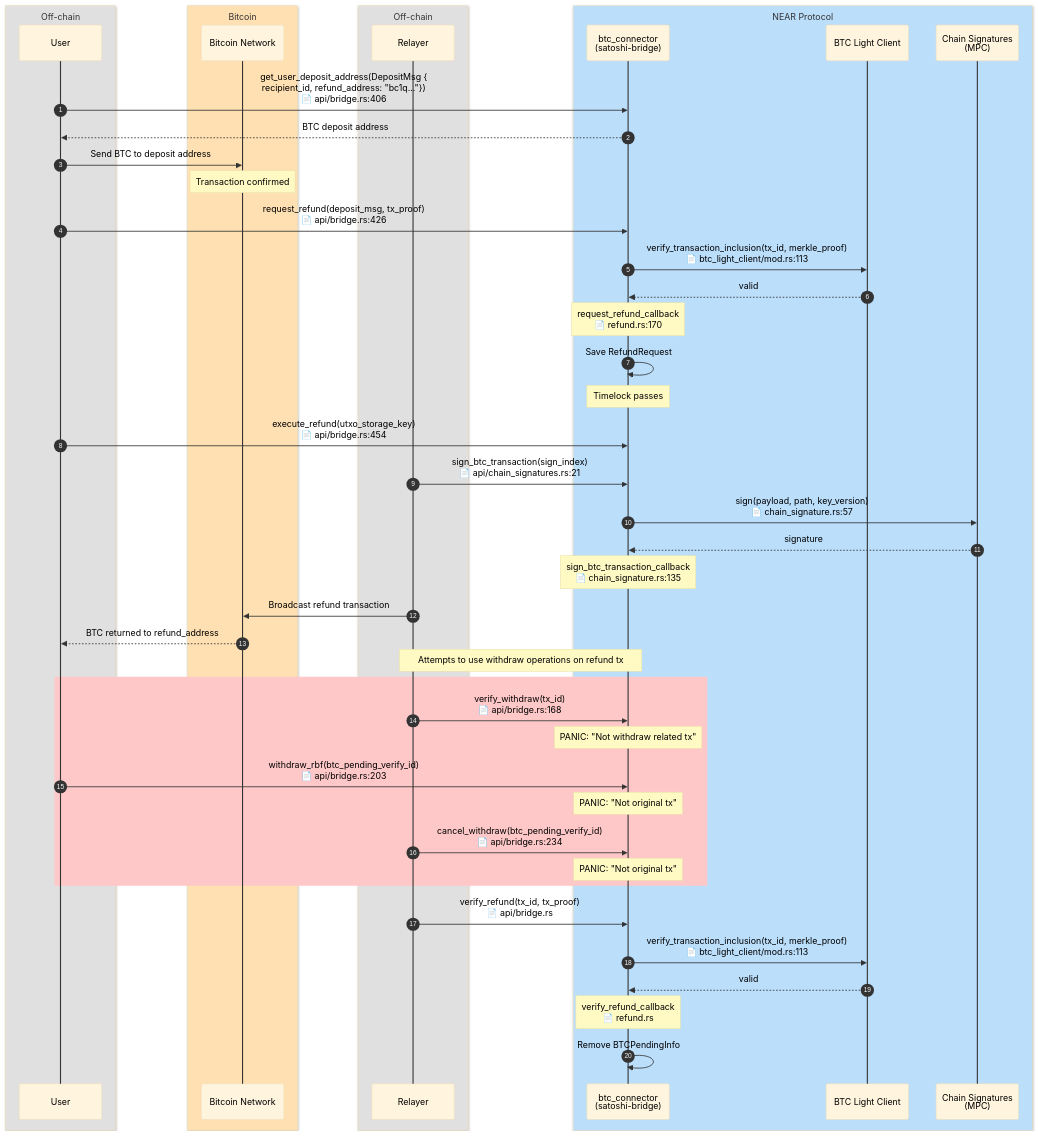
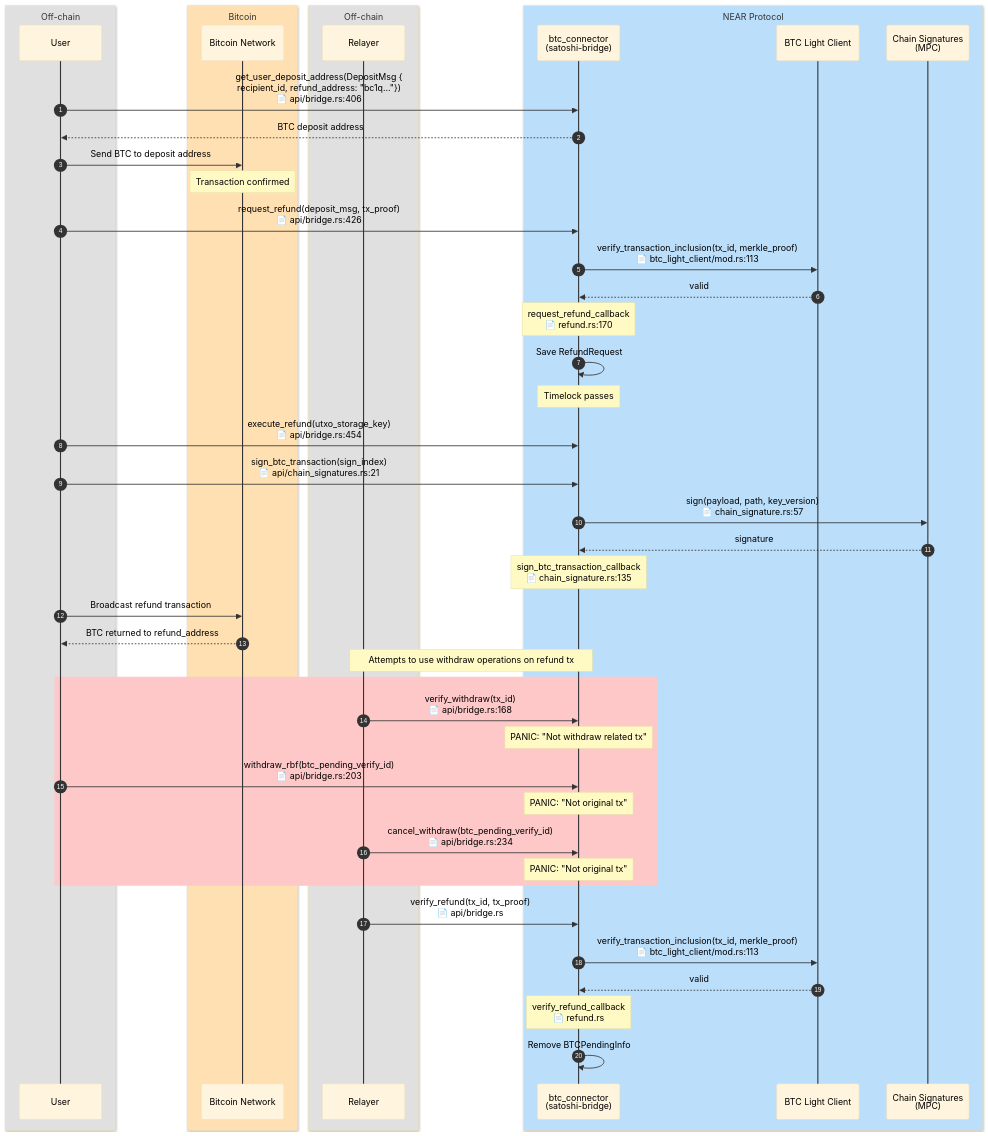
One commit to Near-One/btc-bridge changed the diagram in doc/refund-no-withdraw-flow.md. Above: the diagram before and after it, drawn with Mermaid. The commit also changed 11 other files, not shown here.

````diff
--- a/doc/refund-no-withdraw-flow.md
+++ b/doc/refund-no-withdraw-flow.md
@@ -25,72 +25,72 @@
 ```mermaid
 %%{init: {'theme': 'base', 'themeVariables': {'actorTextColor': '#000000', 'actorLineColor': '#333333', 'signalColor': '#333333', 'signalTextColor': '#000000', 'noteBkgColor': '#fff9c4', 'noteTextColor': '#000000', 'messageFontSize': '14px'}}}%%
 sequenceDiagram
     autonumber
 
     box rgb(224, 224, 224) Off-chain
         participant U as User
     end
 
     box rgb(255, 224, 178) Bitcoin
         participant BTC as Bitcoin Network
     end
 
     box rgb(224, 224, 224) Off-chain
         participant R as Relayer
     end
 
     box rgb(187, 222, 251) NEAR Protocol
         participant B as btc_connector<br/>(satoshi-bridge)
         participant LC as BTC Light Client
         participant MPC as Chain Signatures<br/>(MPC)
     end
 
     U->>B: get_user_deposit_address(DepositMsg {<br/>recipient_id, refund_address: "bc1q..."})<br/>📄 api/bridge.rs:406
     B-->>U: BTC deposit address
 
     U->>BTC: Send BTC to deposit address
     Note over BTC: Transaction confirmed
 
     U->>B: request_refund(deposit_msg, tx_proof)<br/>📄 api/bridge.rs:426
 
     B->>LC: verify_transaction_inclusion(tx_id, merkle_proof)<br/>📄 btc_light_client/mod.rs:113
     LC-->>B: valid
 
     Note over B: request_refund_callback<br/>📄 refund.rs:170
     B->>B: Save RefundRequest
 
     Note over B: Timelock passes
 
     U->>B: execute_refund(utxo_storage_key)<br/>📄 api/bridge.rs:454
 
-    R->>B: sign_btc_transaction(sign_index)<br/>📄 api/chain_signatures.rs:21
+    U->>B: sign_btc_transaction(sign_index)<br/>📄 api/chain_signatures.rs:21
 
     B->>MPC: sign(payload, path, key_version)<br/>📄 chain_signature.rs:57
     MPC-->>B: signature
 
     Note over B: sign_btc_transaction_callback<br/>📄 chain_signature.rs:135
 
-    R->>BTC: Broadcast refund transaction
+    U->>BTC: Broadcast refund transaction
     BTC-->>U: BTC returned to refund_address
 
     Note over R,B: Attempts to use withdraw operations on refund tx
 
     rect rgb(255, 200, 200)
         R->>B: verify_withdraw(tx_id)<br/>📄 api/bridge.rs:168
         Note over B: PANIC: "Not withdraw related tx"
 
         U->>B: withdraw_rbf(btc_pending_verify_id)<br/>📄 api/bridge.rs:203
         Note over B: PANIC: "Not original tx"
 
         R->>B: cancel_withdraw(btc_pending_verify_id)<br/>📄 api/bridge.rs:234
         Note over B: PANIC: "Not original tx"
     end
 
     R->>B: verify_refund(tx_id, tx_proof)<br/>📄 api/bridge.rs
 
     B->>LC: verify_transaction_inclusion(tx_id, merkle_proof)<br/>📄 btc_light_client/mod.rs:113
     LC-->>B: valid
 
     Note over B: verify_refund_callback<br/>📄 refund.rs
     B->>B: Remove BTCPendingInfo
 ```
````
